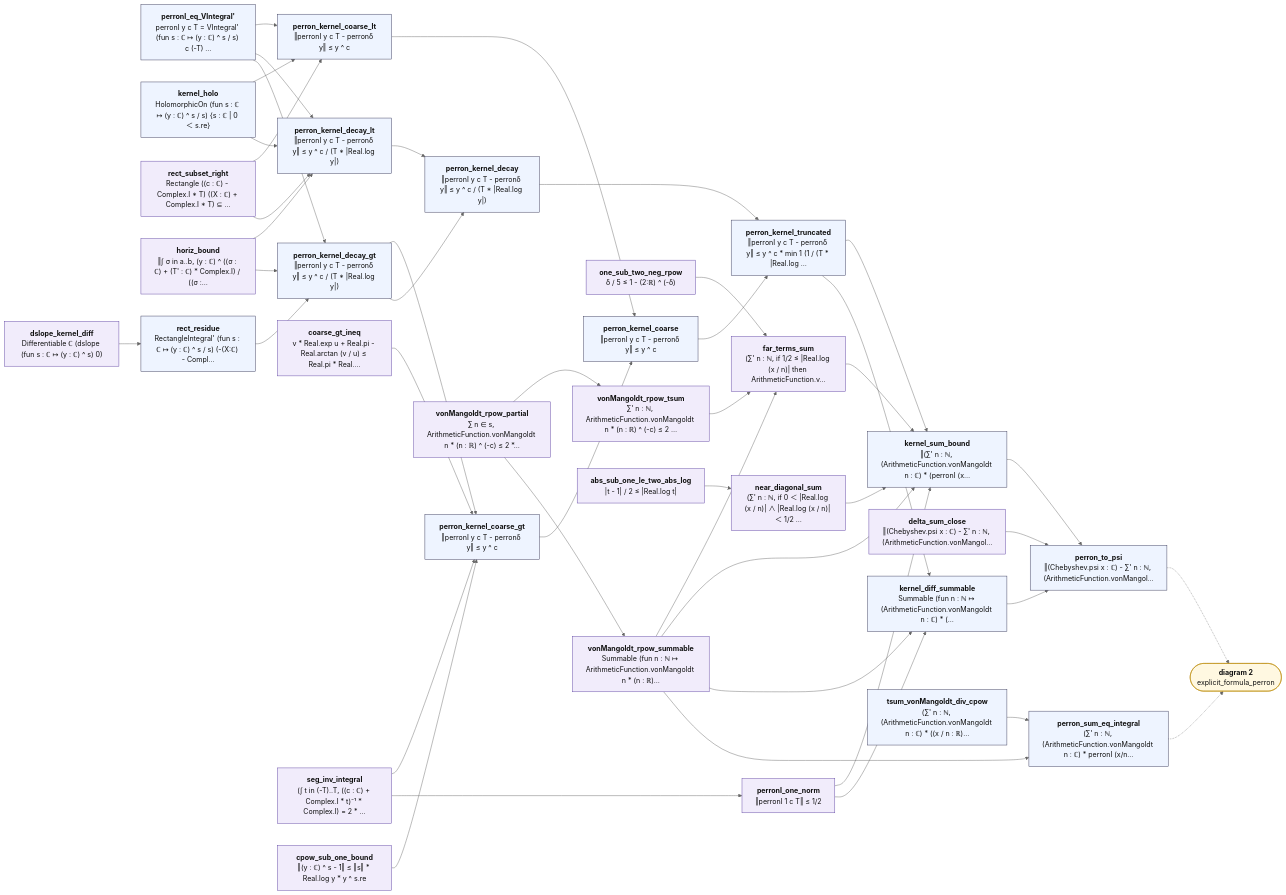
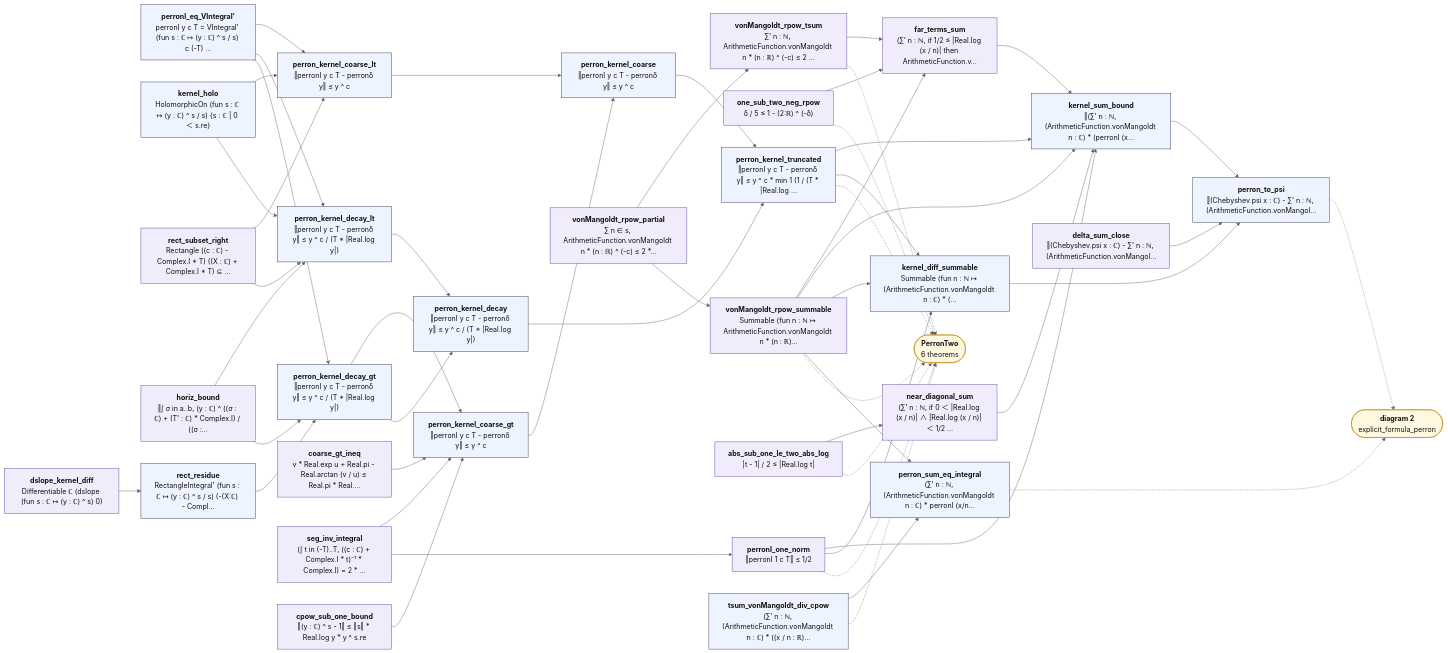
One commit to juliansambranojr/Primebeat_081426 changed the diagram in map/lean_stage3/PerronKernel.1.mmd. Above: the diagram before and after it, drawn with Mermaid (neutral theme). The commit also changed 24 other files, not shown here.

First line of the commit message:
Block G1: Perron's truncated formula from x = 2 (unit 0463)

```diff
--- a/map/lean_stage3/PerronKernel.1.mmd
+++ b/map/lean_stage3/PerronKernel.1.mmd
@@ -1,83 +1,91 @@
 flowchart LR
   n0["<b>perronI_eq_VIntegral'</b><br/>perronI y c T = VIntegral' (fun s : ℂ ↦ (y : ℂ) ^ s / s) c (-T) …"]:::thm
   n1["<b>kernel_holo</b><br/>HolomorphicOn (fun s : ℂ ↦ (y : ℂ) ^ s / s) {s : ℂ | 0 ＜ s.re}"]:::thm
   n2["<b>rect_subset_right</b><br/>Rectangle ((c : ℂ) - Complex.I * T) ((X : ℂ) + Complex.I * T) ⊆ …"]:::shp
   n3["<b>perron_kernel_coarse_lt</b><br/>‖perronI y c T - perronδ y‖ ≤ y ^ c"]:::thm
   n4["<b>horiz_bound</b><br/>‖∫ σ in a..b, (y : ℂ) ^ ((σ : ℂ) + (T' : ℂ) * Complex.I) / ((σ :…"]:::shp
   n5["<b>perron_kernel_decay_lt</b><br/>‖perronI y c T - perronδ y‖ ≤ y ^ c / (T * |Real.log y|)"]:::thm
   n6["<b>dslope_kernel_diff</b><br/>Differentiable ℂ (dslope (fun s : ℂ ↦ (y : ℂ) ^ s) 0)"]:::shp
   n7["<b>rect_residue</b><br/>RectangleIntegral' (fun s : ℂ ↦ (y : ℂ) ^ s / s) (-(X:ℂ) - Compl…"]:::thm
   n8["<b>perron_kernel_decay_gt</b><br/>‖perronI y c T - perronδ y‖ ≤ y ^ c / (T * |Real.log y|)"]:::thm
   n9["<b>perron_kernel_decay</b><br/>‖perronI y c T - perronδ y‖ ≤ y ^ c / (T * |Real.log y|)"]:::thm
   n10["<b>coarse_gt_ineq</b><br/>v * Real.exp u + Real.pi - Real.arctan (v / u) ≤ Real.pi * Real.…"]:::shp
   n11["<b>seg_inv_integral</b><br/>(∫ t in (-T)..T, ((c : ℂ) + Complex.I * t)⁻¹ * Complex.I) = 2 * …"]:::shp
   n12["<b>cpow_sub_one_bound</b><br/>‖(y : ℂ) ^ s - 1‖ ≤ ‖s‖ * Real.log y * y ^ s.re"]:::shp
   n13["<b>perron_kernel_coarse_gt</b><br/>‖perronI y c T - perronδ y‖ ≤ y ^ c"]:::thm
   n14["<b>perron_kernel_coarse</b><br/>‖perronI y c T - perronδ y‖ ≤ y ^ c"]:::thm
   n15["<b>perron_kernel_truncated</b><br/>‖perronI y c T - perronδ y‖ ≤ y ^ c * min 1 (1 / (T * |Real.log …"]:::thm
   n16["<b>one_sub_two_neg_rpow</b><br/>δ / 5 ≤ 1 - (2:ℝ) ^ (-δ)"]:::shp
   n17["<b>vonMangoldt_rpow_partial</b><br/>∑ n ∈ s, ArithmeticFunction.vonMangoldt n * (n : ℝ) ^ (-c) ≤ 2 *…"]:::shp
   n18["<b>vonMangoldt_rpow_tsum</b><br/>∑' n : ℕ, ArithmeticFunction.vonMangoldt n * (n : ℝ) ^ (-c) ≤ 2 …"]:::shp
   n19["<b>vonMangoldt_rpow_summable</b><br/>Summable (fun n : ℕ ↦ ArithmeticFunction.vonMangoldt n * (n : ℝ)…"]:::shp
   n20["<b>far_terms_sum</b><br/>(∑' n : ℕ, if 1/2 ≤ |Real.log (x / n)| then ArithmeticFunction.v…"]:::shp
   n21["<b>abs_sub_one_le_two_abs_log</b><br/>|t - 1| / 2 ≤ |Real.log t|"]:::shp
   n22["<b>near_diagonal_sum</b><br/>(∑' n : ℕ, if 0 ＜ |Real.log (x / n)| ∧ |Real.log (x / n)| ＜ 1/2 …"]:::shp
   n23["<b>perronI_one_norm</b><br/>‖perronI 1 c T‖ ≤ 1/2"]:::shp
   n24["<b>kernel_sum_bound</b><br/>‖(∑' n : ℕ, (ArithmeticFunction.vonMangoldt n : ℂ) * (perronI (x…"]:::thm
   n25["<b>delta_sum_close</b><br/>‖(Chebyshev.psi x : ℂ) - ∑' n : ℕ, (ArithmeticFunction.vonMangol…"]:::shp
   n26["<b>kernel_diff_summable</b><br/>Summable (fun n : ℕ ↦ (ArithmeticFunction.vonMangoldt n : ℂ) * (…"]:::thm
   n27["<b>perron_to_psi</b><br/>‖(Chebyshev.psi x : ℂ) - ∑' n : ℕ, (ArithmeticFunction.vonMangol…"]:::thm
   n28["<b>tsum_vonMangoldt_div_cpow</b><br/>(∑' n : ℕ, (ArithmeticFunction.vonMangoldt n : ℂ) * ((x / n : ℝ)…"]:::thm
   n29["<b>perron_sum_eq_integral</b><br/>(∑' n : ℕ, (ArithmeticFunction.vonMangoldt n : ℂ) * perronI (x/n…"]:::thm
-  x0(["<b>diagram 2</b><br/>explicit_formula_perron"]):::ext
+  x0(["<b>PerronTwo</b><br/>6 theorems"]):::ext
+  x1(["<b>diagram 2</b><br/>explicit_formula_perron"]):::ext
   n0 --> n3
   n0 --> n5
   n0 --> n8
   n1 --> n3
   n1 --> n5
   n10 --> n13
   n11 --> n13
   n11 --> n23
   n12 --> n13
   n13 --> n14
   n14 --> n15
   n15 --> n24
   n15 --> n26
   n16 --> n20
   n17 --> n18
   n17 --> n19
   n18 --> n20
   n19 --> n20
   n19 --> n24
   n19 --> n26
   n19 --> n29
   n2 --> n3
   n2 --> n5
   n20 --> n24
   n21 --> n22
   n22 --> n24
   n23 --> n24
   n23 --> n26
   n24 --> n27
   n25 --> n27
   n26 --> n27
   n28 --> n29
   n3 --> n14
   n4 --> n5
   n4 --> n8
   n5 --> n9
   n6 --> n7
   n7 --> n8
   n8 --> n13
   n8 --> n9
   n9 --> n15
-  n27 -.-> x0
-  n29 -.-> x0
+  n15 -.-> x0
+  n16 -.-> x0
+  n18 -.-> x0
+  n19 -.-> x0
+  n21 -.-> x0
+  n23 -.-> x0
+  n27 -.-> x1
+  n28 -.-> x0
+  n29 -.-> x1
   classDef cnt fill:#dff5ec,stroke:#17694a,color:#111
   classDef shp fill:#f1ecfb,stroke:#5b3fa0,color:#111
   classDef rh fill:#ffe5e5,stroke:#c22,color:#111,stroke-width:2px
   classDef thm fill:#eef4ff,stroke:#335,color:#111
   classDef end_ fill:#e7f7e7,stroke:#2a7,color:#111,stroke-width:2px
   classDef lone fill:#fff,stroke:#999,color:#111,stroke-dasharray:4 3
   classDef bad fill:#ffe5e5,stroke:#c22,color:#111,stroke-width:2px
   classDef ext fill:#fff8e1,stroke:#b80,color:#111
```
